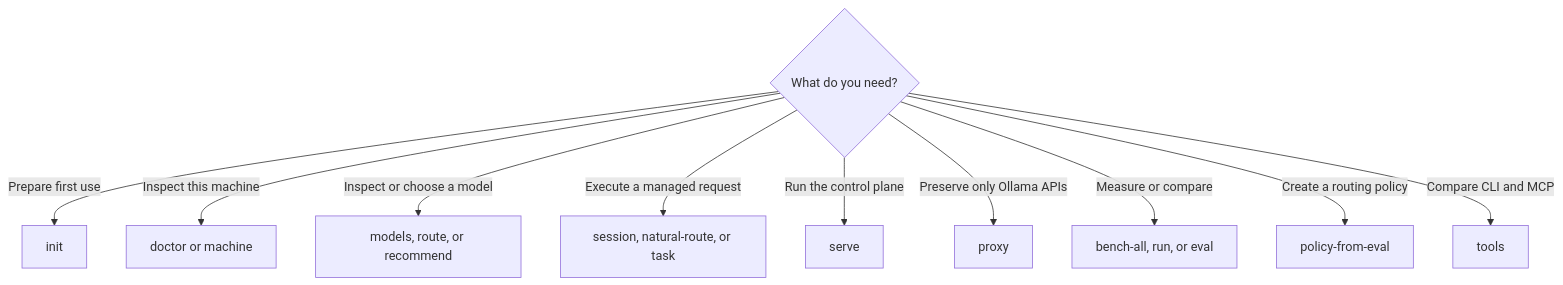
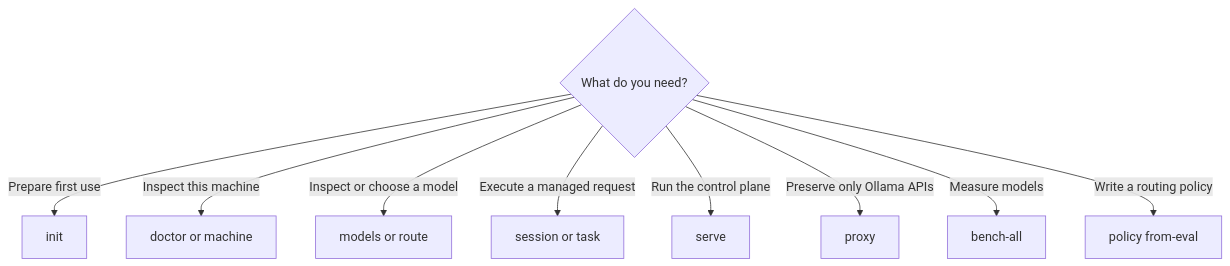
One commit to bgauryy/FreeLlama changed the first of 2 diagrams in docs/CLI.md. Above: the diagram before and after it, drawn with Mermaid. The commit also changed other lines of this file and 454 other files, not shown here.

First line of the commit message:
Update flow (#11)

````diff
--- a/docs/CLI.md
+++ b/docs/CLI.md
@@ -10,13 +10,12 @@
 ```mermaid
 flowchart TD
     Q{"What do you need?"}
     Q -->|"Prepare first use"| I["init"]
     Q -->|"Inspect this machine"| D["doctor or machine"]
-    Q -->|"Inspect or choose a model"| M["models, route, or recommend"]
-    Q -->|"Execute a managed request"| T["session, natural-route, or task"]
+    Q -->|"Inspect or choose a model"| M["models or route"]
+    Q -->|"Execute a managed request"| T["session or task"]
     Q -->|"Run the control plane"| S["serve"]
     Q -->|"Preserve only Ollama APIs"| P["proxy"]
-    Q -->|"Measure or compare"| B["bench-all, run, or eval"]
-    Q -->|"Create a routing policy"| E["policy-from-eval"]
-    Q -->|"Compare CLI and MCP"| L["tools"]
+    Q -->|"Measure models"| B["bench-all"]
+    Q -->|"Write a routing policy"| PE["policy from-eval"]
 ```
````
